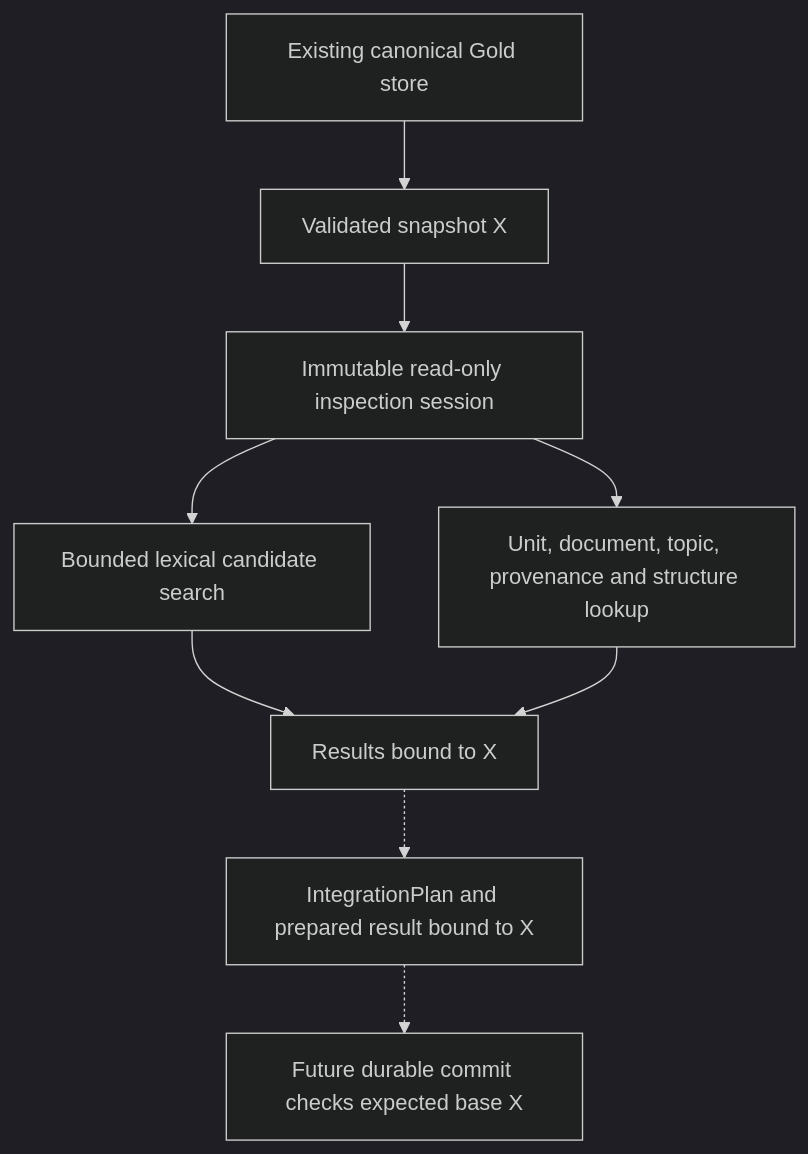
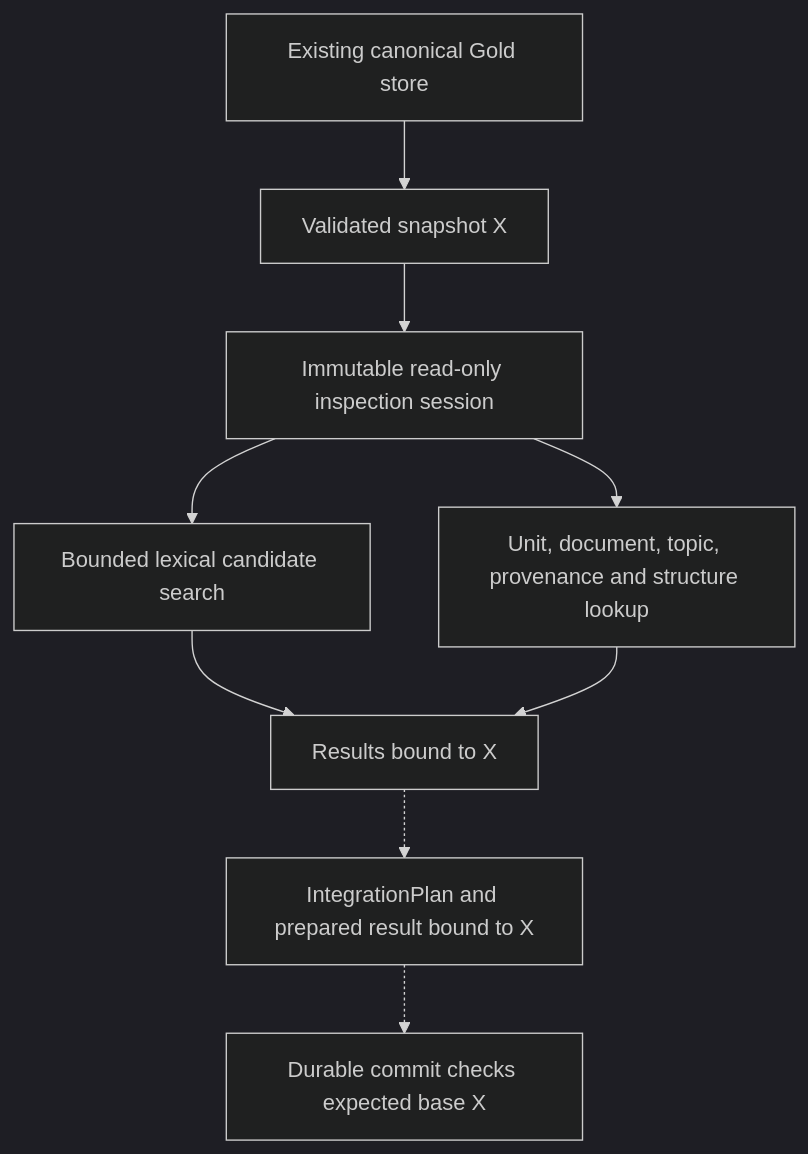
One commit to alexander-rewitzer/league-knowledge-platform changed the fifth of 9 diagrams in docs/architecture.md. Above: the diagram before and after it, drawn with Mermaid (dark theme). The commit also changed other lines of this file and 11 other files, not shown here.

Commit message:
Add durable Gold integration commit, history and replay

````diff
--- a/docs/architecture.md
+++ b/docs/architecture.md
@@ -155,11 +155,11 @@
 ```mermaid
 flowchart TD
     G["Existing canonical Gold store"] --> L["Validated snapshot X"]
     L --> I["Immutable read-only inspection session"]
     I --> Q["Bounded lexical candidate search"]
     I --> D["Unit, document, topic, provenance and structure lookup"]
     Q --> R["Results bound to X"]
     D --> R
     R -.-> P["IntegrationPlan and prepared result bound to X"]
-    P -.-> W["Future durable commit checks expected base X"]
+    P -.-> W["Durable commit checks expected base X"]
 ```
````
